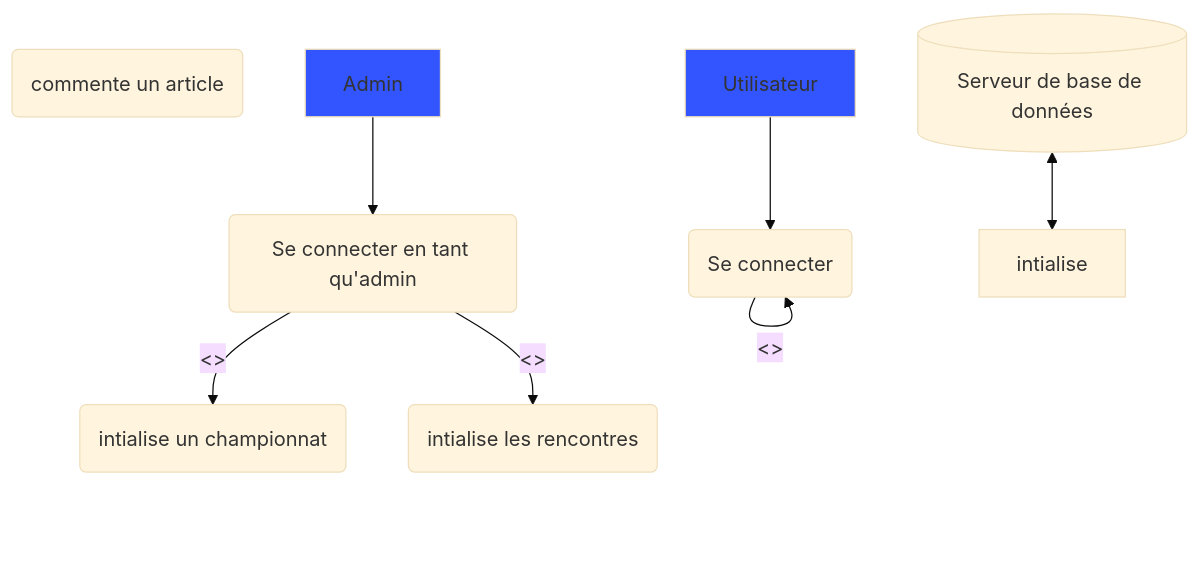
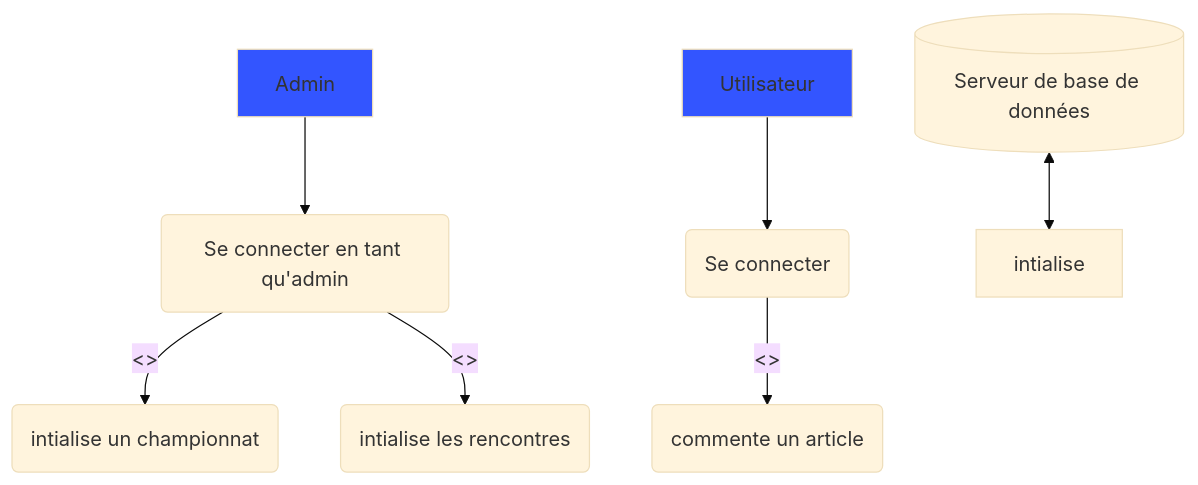
The diagram in docs/index.md (LhoMars/football), drawn with Mermaid (base theme) before and after one commit.

````diff
--- a/docs/index.md
+++ b/docs/index.md
@@ -14,20 +14,20 @@
 ```mermaid
 graph TB
 intialiseC(intialise un championnat)
 intialiseR(intialise les rencontres)
 connection(Se connecter)
 connectionAdmin(Se connecter en tant qu'admin)
 commente(commente un article)
 serveurBdd[(Serveur de base de données)]
 
 Admin:::user --> connectionAdmin
     classDef user fill:#0acf00;
 
 Utilisateur:::user --> connection 
     classDef user fill:#3355ff;
     
 connectionAdmin -- <<extend>> --> intialiseC
 connectionAdmin -- <<extend>> --> intialiseR
-connection -- <<extends>> --> connection
+connection -- <<extends>> --> commente
 serveurBdd <--> intialise
 ```
````
